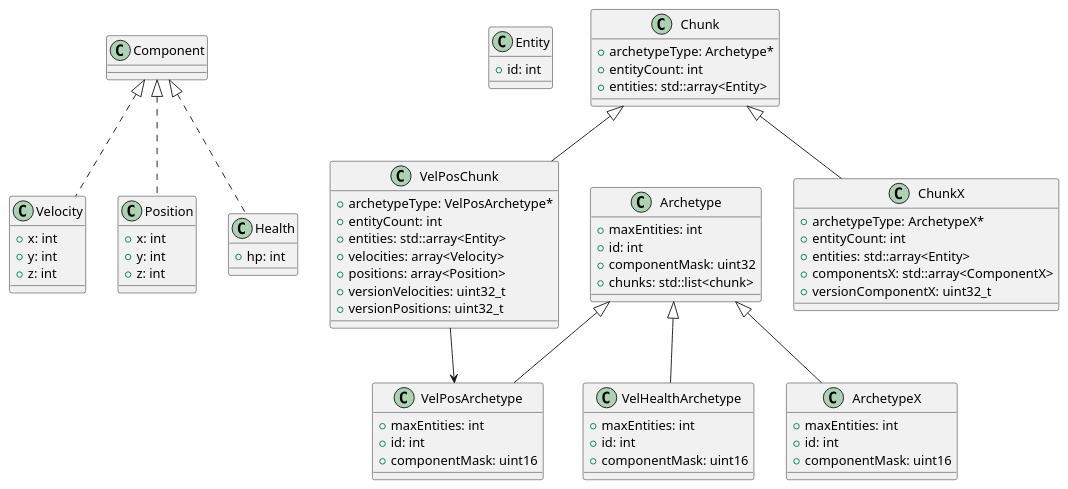
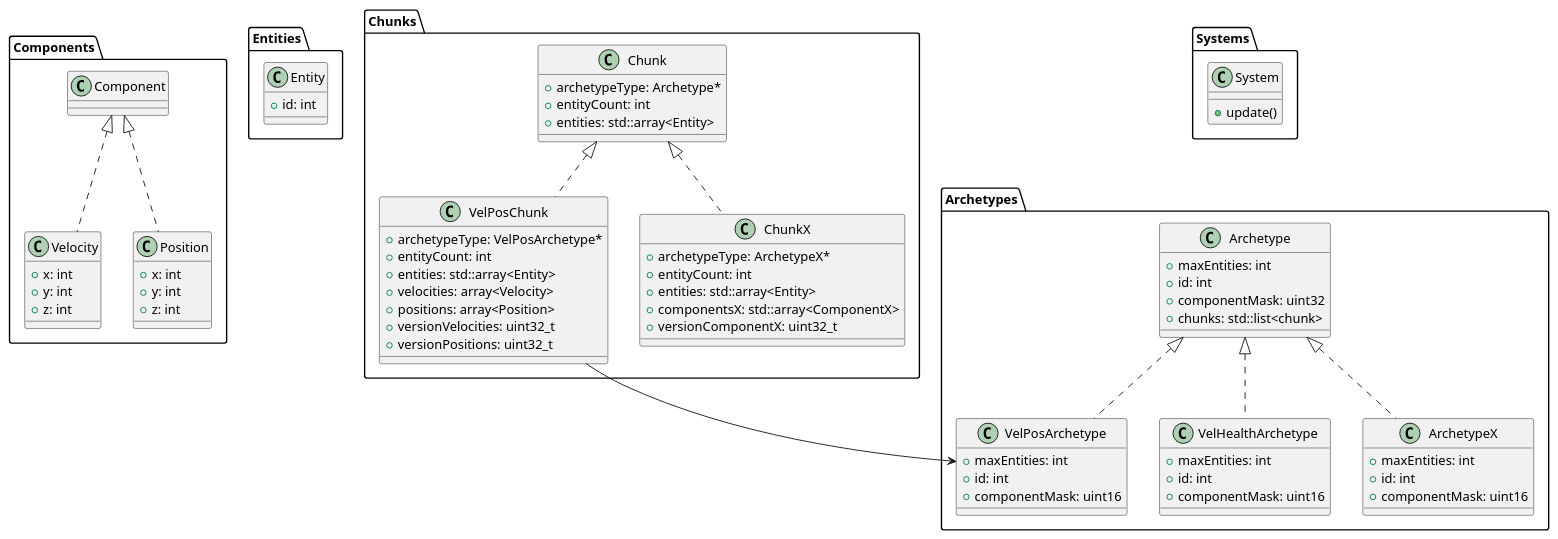
One commit to heavydragon99/MonkeyBrainEngine changed the diagram in docs/class_diagram/seanECS.puml. Above: the diagram before and after it, drawn with PlantUML.

Commit message:
Added packages

```diff
--- a/docs/class_diagram/seanECS.puml
+++ b/docs/class_diagram/seanECS.puml
@@ -2,95 +2,87 @@
 @startuml
-'========================
-' Chunked Archetype ECS - Example
-'========================
+package "Components" {
+    class Component {
+    }
 
-class Component {
+    class Velocity implements Component {
+        +x: int
+        +y: int
+        +z: int
+    }
+
+    class Position implements Component {
+        +x: int
+        +y: int
+        +z: int
+    }
+
 }
 
-class Velocity {
-    +x: int
-    +y: int
-    +z: int
+package "Entities" {
+    class Entity {
+        +id: int
+    }
 }
 
-class Position {
-    +x: int
-    +y: int
-    +z: int
+package "Chunks" {
+    class Chunk {
+        +archetypeType: Archetype*
+        +entityCount: int
+        +entities: std::array<Entity>
+    }
+
+    class VelPosChunk implements Chunk {
+        +archetypeType: VelPosArchetype*
+        +entityCount: int
+        +entities: std::array<Entity>
+        +velocities: array<Velocity>
+        +positions: array<Position>
+        +versionVelocities: uint32_t
+        +versionPositions: uint32_t
+    }
+
+    class ChunkX implements Chunk {
+        +archetypeType: ArchetypeX*
+        +entityCount: int
+        +entities: std::array<Entity>
+        +componentsX: std::array<ComponentX>
+        +versionComponentX: uint32_t
+    }
 }
 
-class Health {
-    +hp: int
+package "Archetypes" {
+    class Archetype {
+        +maxEntities: int
+        +id: int
+        +componentMask: uint32
+        +chunks: std::list<chunk>
+    }
+
+    class VelPosArchetype implements Archetype {
+        +maxEntities: int
+        +id: int
+        +componentMask: uint16
+    }
+
+    class VelHealthArchetype implements Archetype {
+        +maxEntities: int
+        +id: int
+        +componentMask: uint16
+    }
+
+    class ArchetypeX implements Archetype {
+        +maxEntities: int
+        +id: int
+        +componentMask: uint16
+    }
 }
 
-class Entity {
-    +id: int
+package "Systems" {
+    class System {
+        +update()
+    }
 }
 
-class Archetype {
-    +maxEntities: int
-    +id: int
-    +componentMask: uint32
-    +chunks: std::list<chunk>
-}
-
-class VelPosArchetype {
-    +maxEntities: int
-    +id: int
-    +componentMask: uint16
-}
-
-class VelHealthArchetype {
-    +maxEntities: int
-    +id: int
-    +componentMask: uint16
-}
-
-class ArchetypeX {
-    +maxEntities: int
-    +id: int
-    +componentMask: uint16
-}
-
-class Chunk {
-    +archetypeType: Archetype*
-    +entityCount: int
-    +entities: std::array<Entity>
-}
-
-class VelPosChunk {
-    +archetypeType: VelPosArchetype*
-    +entityCount: int
-    +entities: std::array<Entity>
-    +velocities: array<Velocity>
-    +positions: array<Position>
-    +versionVelocities: uint32_t
-    +versionPositions: uint32_t
-}
-
-class ChunkX {
-    +archetypeType: ArchetypeX*
-    +entityCount: int
-    +entities: std::array<Entity>
-    +componentsX: std::array<ComponentX>
-    +versionComponentX: uint32_t
-}
-
-
-'========================
-' Relationships
-'========================
-Component <|.. Velocity
-Component <|.. Position
-Component <|.. Health
-
-Archetype <|-- VelPosArchetype
-Archetype <|-- VelHealthArchetype
-Archetype <|-- ArchetypeX
-
-Chunk <|-- VelPosChunk
-Chunk <|-- ChunkX
-
-VelPosChunk --> VelPosArchetype
-
+    VelPosChunk --> VelPosArchetype
+    
 @enduml
```
